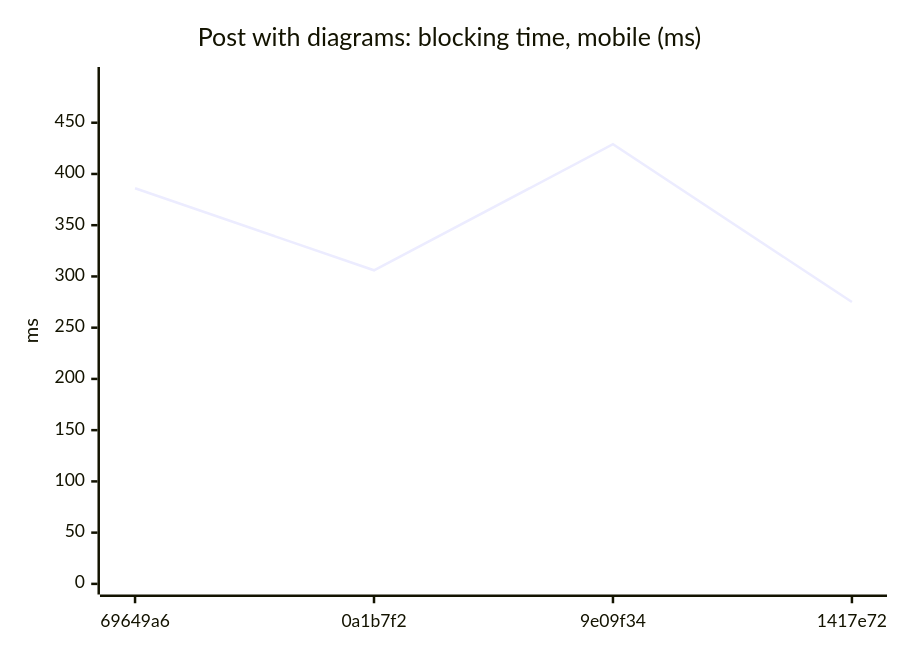
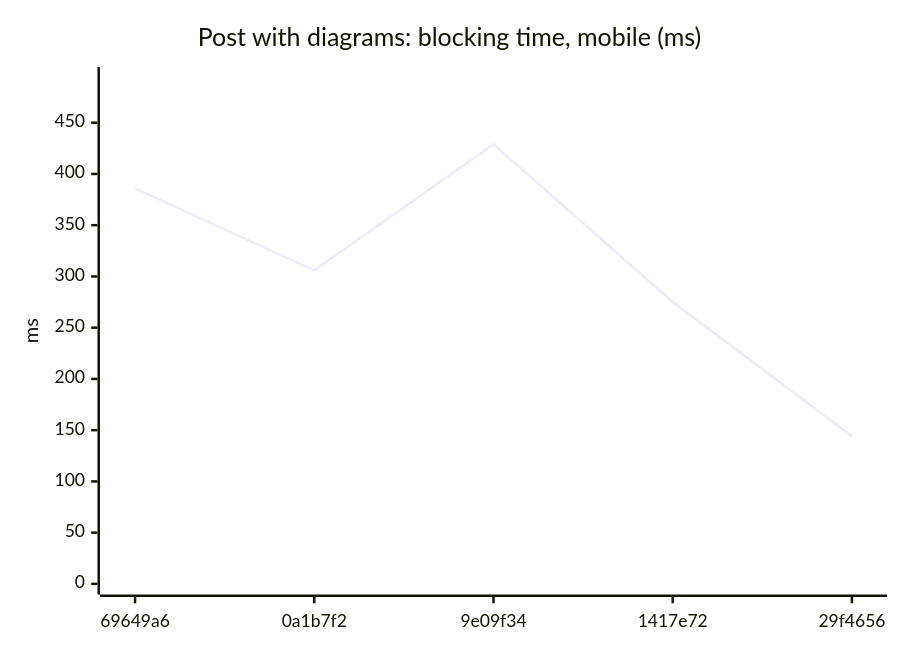
Before and after one commit to AxelUser/maltsev.space: diagram 16 of 18 in README.md, drawn with Mermaid. The commit also changed other lines of this file and 1 other file, not shown here.

````diff
--- a/README.md
+++ b/README.md
@@ -169,7 +169,7 @@
 ```mermaid
 xychart-beta
   title "Post with diagrams: blocking time, mobile (ms)"
-  x-axis ["69649a6", "0a1b7f2", "9e09f34", "1417e72"]
+  x-axis ["69649a6", "0a1b7f2", "9e09f34", "1417e72", "29f4656"]
   y-axis "ms" 0 --> 494
-  line [386, 306, 429, 275]
+  line [386, 306, 429, 275, 144]
 ```
````
